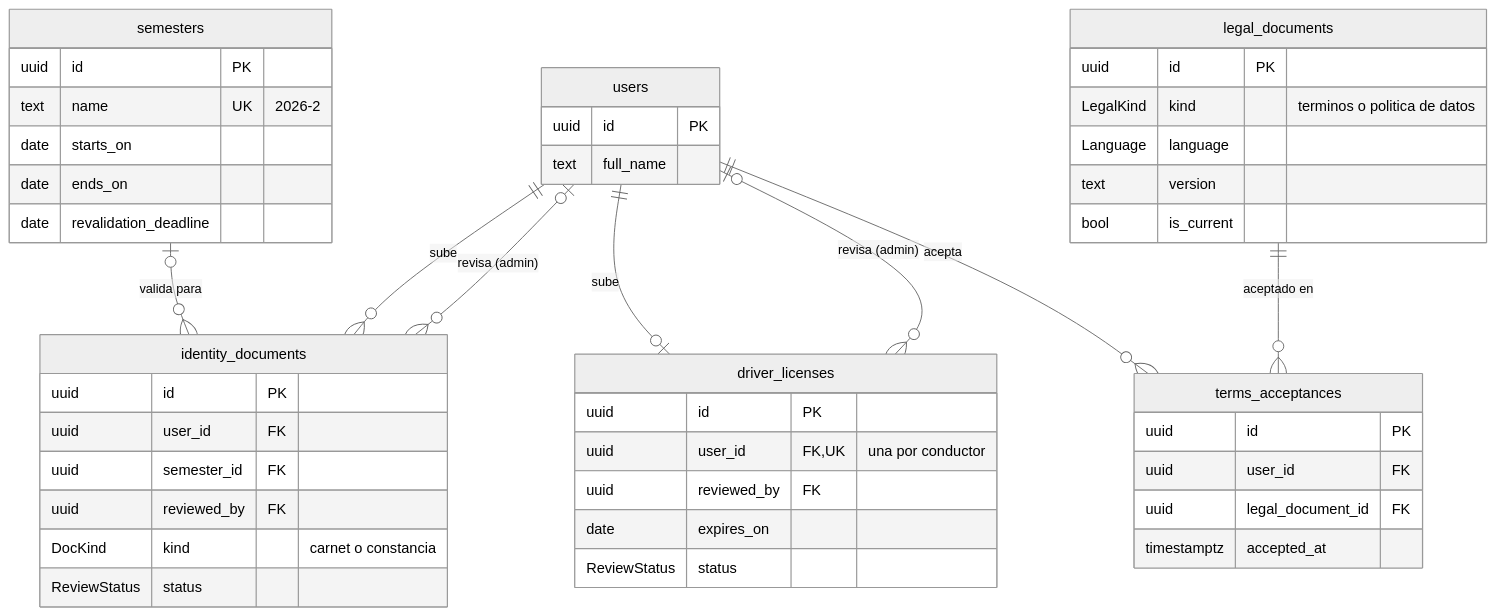
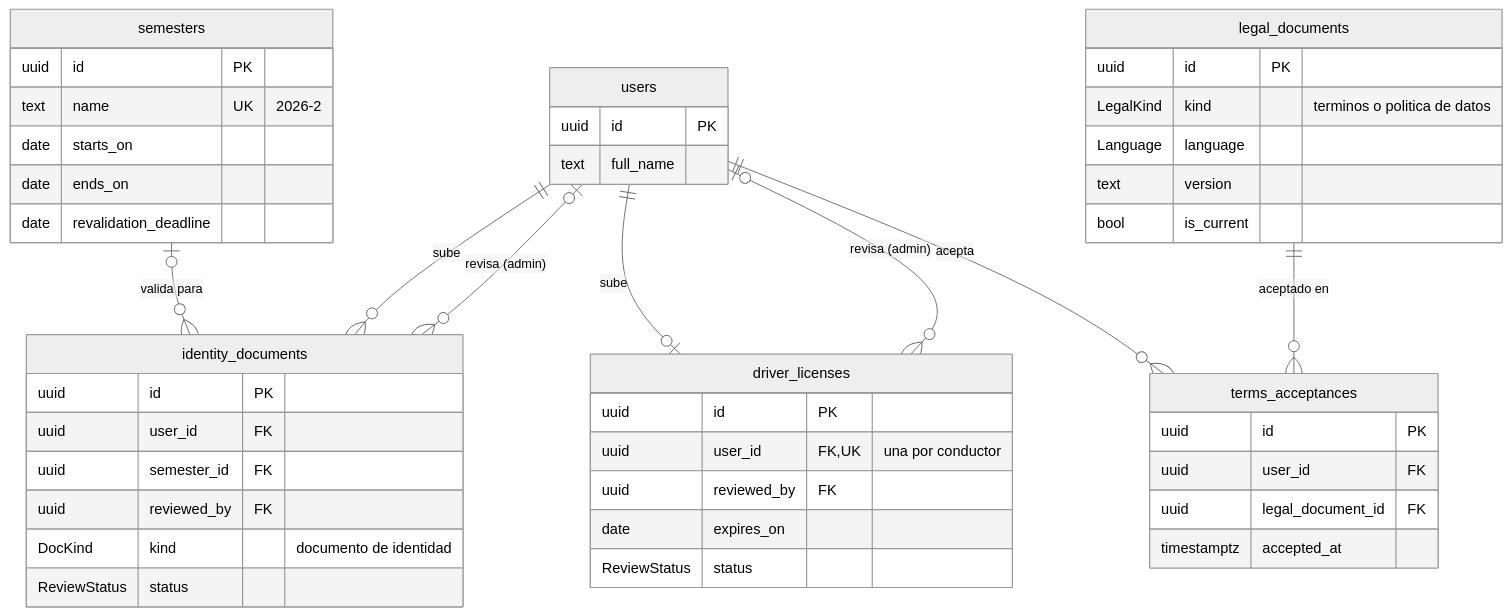
The third of 7 diagrams in docs/DIAGRAMA_ER.md (Daniel-Pinzon-Up/carpool-up), drawn with Mermaid (neutral theme) before and after one commit. The commit also changed other lines of this file and 10 other files, not shown here.

Commit message:
docs: describe the identity document in guides and the ER diagram

````diff
--- a/docs/DIAGRAMA_ER.md
+++ b/docs/DIAGRAMA_ER.md
@@ -479,49 +479,49 @@
 ```mermaid
 erDiagram
   users {
     uuid id PK
     text full_name
   }
   semesters {
     uuid id PK
     text name UK "2026-2"
     date starts_on
     date ends_on
     date revalidation_deadline
   }
   identity_documents {
     uuid id PK
     uuid user_id FK
     uuid semester_id FK
     uuid reviewed_by FK
-    DocKind kind "carnet o constancia"
+    DocKind kind "documento de identidad"
     ReviewStatus status
   }
   driver_licenses {
     uuid id PK
     uuid user_id FK, UK "una por conductor"
     uuid reviewed_by FK
     date expires_on
     ReviewStatus status
   }
   legal_documents {
     uuid id PK
     LegalKind kind "terminos o politica de datos"
     Language language
     text version
     bool is_current
   }
   terms_acceptances {
     uuid id PK
     uuid user_id FK
     uuid legal_document_id FK
     timestamptz accepted_at
   }
   users ||--o{ identity_documents : "sube"
   users |o--o{ identity_documents : "revisa (admin)"
   semesters |o--o{ identity_documents : "valida para"
   users ||--o| driver_licenses : "sube"
   users |o--o{ driver_licenses : "revisa (admin)"
   users ||--o{ terms_acceptances : "acepta"
   legal_documents ||--o{ terms_acceptances : "aceptado en"
 ```
````
